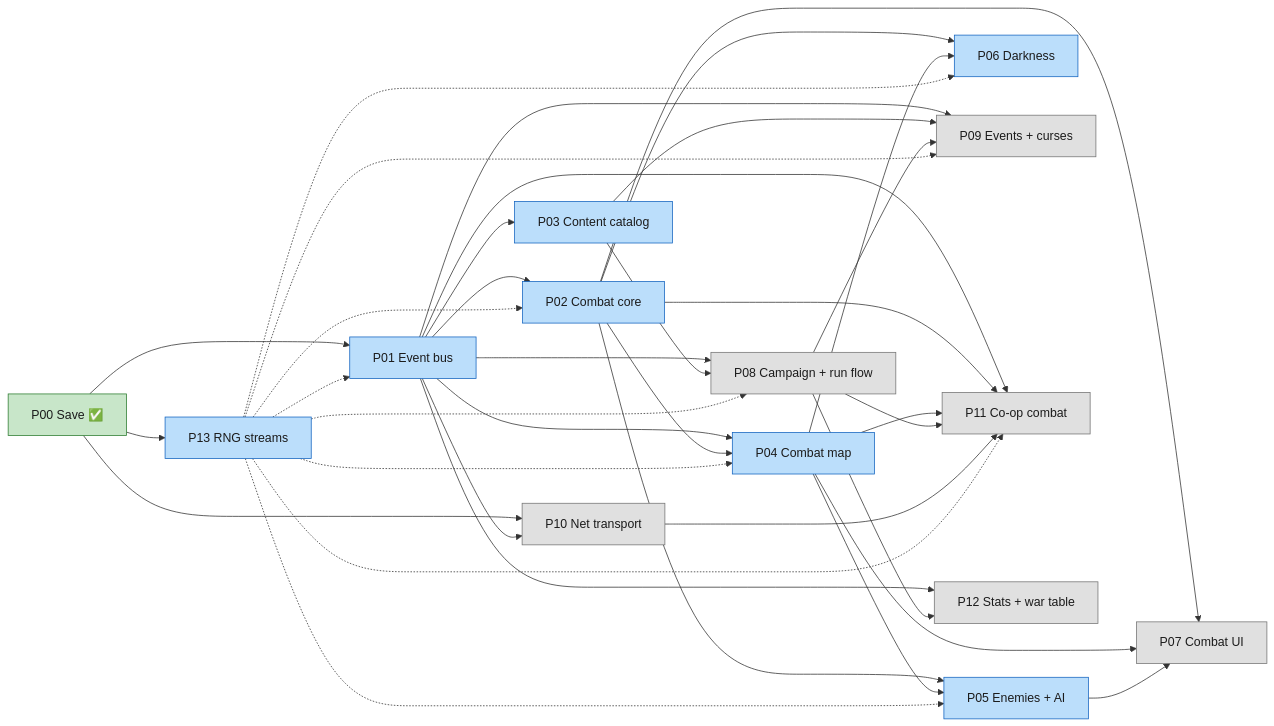
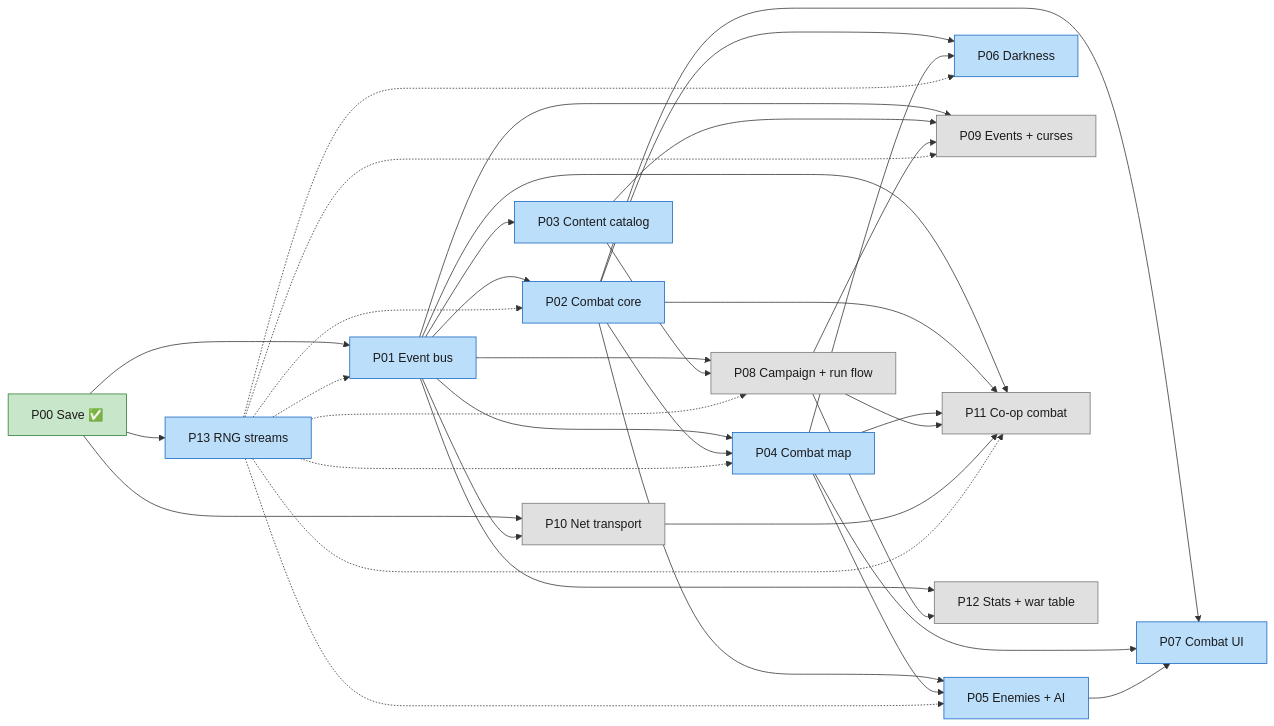
The first of 2 diagrams in docs/plans/game-orchestrator.md (DevinHMurphy/bandit-bash), drawn with Mermaid before and after one commit. The commit also changed other lines of this file and 1 other file, not shown here.

````diff
--- a/docs/plans/game-orchestrator.md
+++ b/docs/plans/game-orchestrator.md
@@ -123,46 +123,46 @@
 ```mermaid
 flowchart LR
   P00[P00 Save ✅] --> P01[P01 Event bus]
   P00 --> P13[P13 RNG streams]
   P00 --> P10[P10 Net transport]
   P01 --> P02[P02 Combat core]
   P01 --> P03[P03 Content catalog]
   P01 --> P04[P04 Combat map]
   P02 --> P04
   P02 --> P05[P05 Enemies + AI]
   P04 --> P05
   P02 --> P06[P06 Darkness]
   P04 --> P06
   P02 --> P07[P07 Combat UI]
   P04 --> P07
   P05 --> P07
   P01 --> P08[P08 Campaign + run flow]
   P03 --> P08
   P01 --> P09[P09 Events + curses]
   P03 --> P09
   P08 --> P09
   P01 --> P10
   P01 --> P11[P11 Co-op combat]
   P02 --> P11
   P04 --> P11
   P08 --> P11
   P10 --> P11
   P01 --> P12[P12 Stats + war table]
   P08 --> P12
   P13 -.-> P01
   P13 -.-> P02
   P13 -.-> P04
   P13 -.-> P05
   P13 -.-> P06
   P13 -.-> P08
   P13 -.-> P09
   P13 -.-> P11
 
   classDef done fill:#c8e6c9,stroke:#2e7d32,color:#1b1b1b
   classDef active fill:#bbdefb,stroke:#1565c0,color:#1b1b1b
   classDef ready fill:#fff3c4,stroke:#b8860b,color:#1b1b1b
   classDef waiting fill:#e0e0e0,stroke:#757575,color:#1b1b1b
   class P00 done
-  class P01,P02,P03,P04,P05,P06,P13 active
-  class P07,P08,P09,P10,P11,P12 waiting
+  class P01,P02,P03,P04,P05,P06,P07,P13 active
+  class P08,P09,P10,P11,P12 waiting
 ```
````
